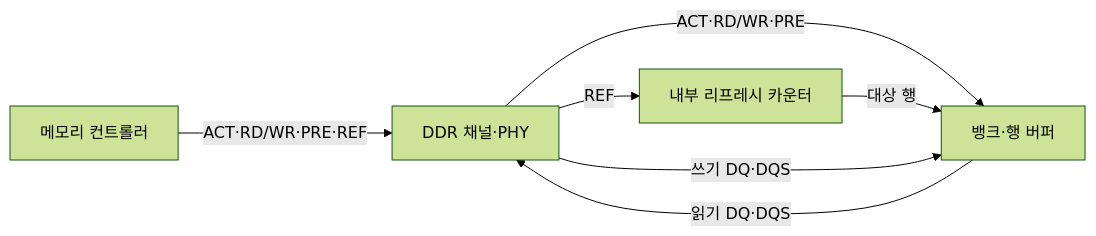
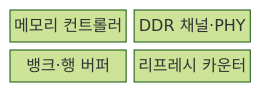
One commit to agnusdei1207/knowledge-base changed the first of 2 diagrams in src/content/docs/notes/02-hardware/024_ddr_sdram_refresh.md. Above: the diagram before and after it, drawn with Mermaid (forest theme). The commit also changed other lines of this file and 20 other files, not shown here.

````diff
--- a/src/content/docs/notes/02-hardware/024_ddr_sdram_refresh.md
+++ b/src/content/docs/notes/02-hardware/024_ddr_sdram_refresh.md
@@ -67,13 +65,8 @@
 ```mermaid
-flowchart LR
-    MC[메모리 컨트롤러]
-    PHY[DDR 채널·PHY]
-    BANK[뱅크·행 버퍼]
-    RC[내부 리프레시 카운터]
-    MC -->|ACT·RD/WR·PRE·REF| PHY
-    PHY -->|ACT·RD/WR·PRE| BANK
-    PHY -->|REF| RC
-    RC -->|대상 행| BANK
-    BANK -->|읽기 DQ·DQS| PHY
-    PHY -->|쓰기 DQ·DQS| BANK
+block
+    columns 2
+    MC["메모리 컨트롤러"]
+    PHY["DDR 채널·PHY"]
+    BANK["뱅크·행 버퍼"]
+    RC["리프레시 카운터"]
 ```
````
